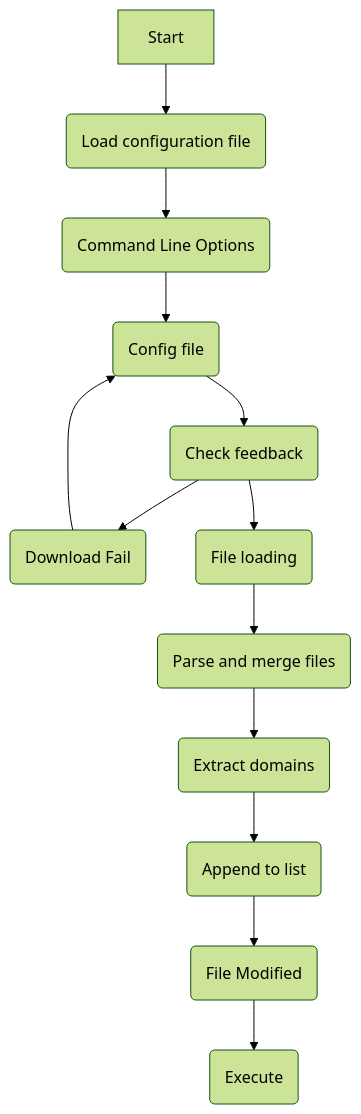
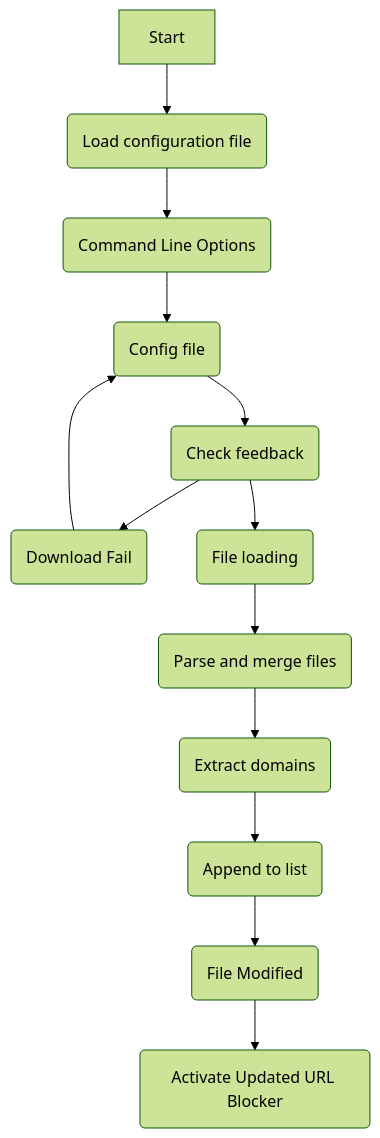
One commit to jarnaks/ICTPRG434AT2-Debugging changed the diagram in URLBlocker.md. Above: the diagram before and after it, drawn with Mermaid (forest theme).

````diff
--- a/URLBlocker.md
+++ b/URLBlocker.md
@@ -1,15 +1,15 @@
 ```mermaid
 flowchart TD
     Start --> Initialize("Load configuration file")
     Initialize --> Parse-command-line-options("Command Line Options")
     Parse-command-line-options --> GetConfigFile("Config file")
     GetConfigFile --> Download-blocklist("Check feedback")
     Download-blocklist --> Download-fail("Download Fail")
     Download-blocklist --> Correct-file("File loading")
     Download-fail --> GetConfigFile
     Correct-file --> Parse-merge("Parse and merge files")
     Parse-merge --> Regex("Extract domains")
     Regex --> CombineList("Append to list")
     CombineList --> ModifiedHostFile("File Modified")
-    ModifiedHostFile --> End("Execute") 
+    ModifiedHostFile --> End("Activate Updated URL Blocker") 
 ```
````
